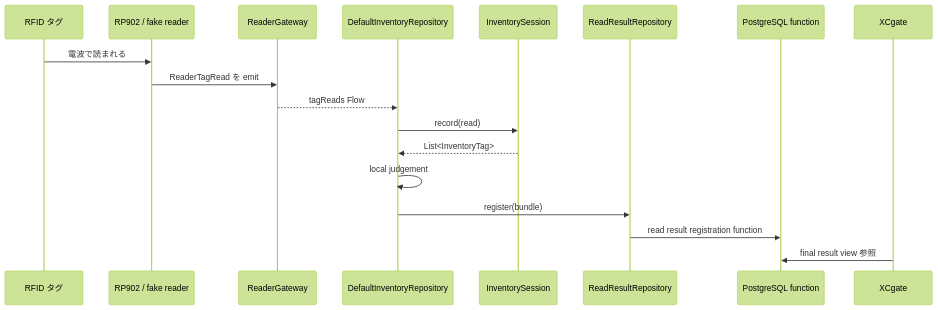
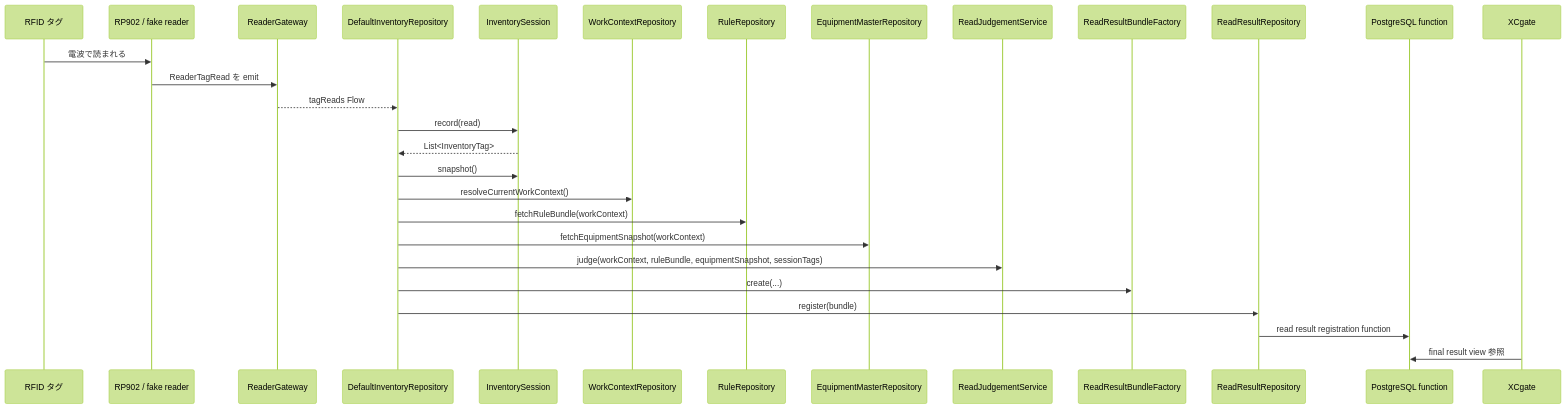
One commit to kuroronrobins/TraceLink changed the first of 3 diagrams in AndroidStudio/RP902App/docs/onboarding/05_データの流れ.md. Above: the diagram before and after it, drawn with Mermaid (forest theme). The commit also changed other lines of this file and 24 other files, not shown here.

````diff
--- a/AndroidStudio/RP902App/docs/onboarding/05_データの流れ.md
+++ b/AndroidStudio/RP902App/docs/onboarding/05_データの流れ.md
@@ -7,21 +7,31 @@
 ```mermaid
 sequenceDiagram
     participant Tag as RFID タグ
     participant RP902 as RP902 / fake reader
     participant Gateway as ReaderGateway
     participant Repo as DefaultInventoryRepository
     participant Session as InventorySession
+    participant Work as WorkContextRepository
+    participant Rule as RuleRepository
+    participant Equipment as EquipmentMasterRepository
+    participant Judge as ReadJudgementService
+    participant Factory as ReadResultBundleFactory
     participant Result as ReadResultRepository
     participant PG as PostgreSQL function
     participant XC as XCgate
 
     Tag->>RP902: 電波で読まれる
     RP902->>Gateway: ReaderTagRead を emit
     Gateway-->>Repo: tagReads Flow
     Repo->>Session: record(read)
     Session-->>Repo: List<InventoryTag>
-    Repo->>Repo: local judgement
+    Repo->>Session: snapshot()
+    Repo->>Work: resolveCurrentWorkContext()
+    Repo->>Rule: fetchRuleBundle(workContext)
+    Repo->>Equipment: fetchEquipmentSnapshot(workContext)
+    Repo->>Judge: judge(workContext, ruleBundle, equipmentSnapshot, sessionTags)
+    Repo->>Factory: create(...)
     Repo->>Result: register(bundle)
     Result->>PG: read result registration function
     XC->>PG: final result view 参照
 ```
````
